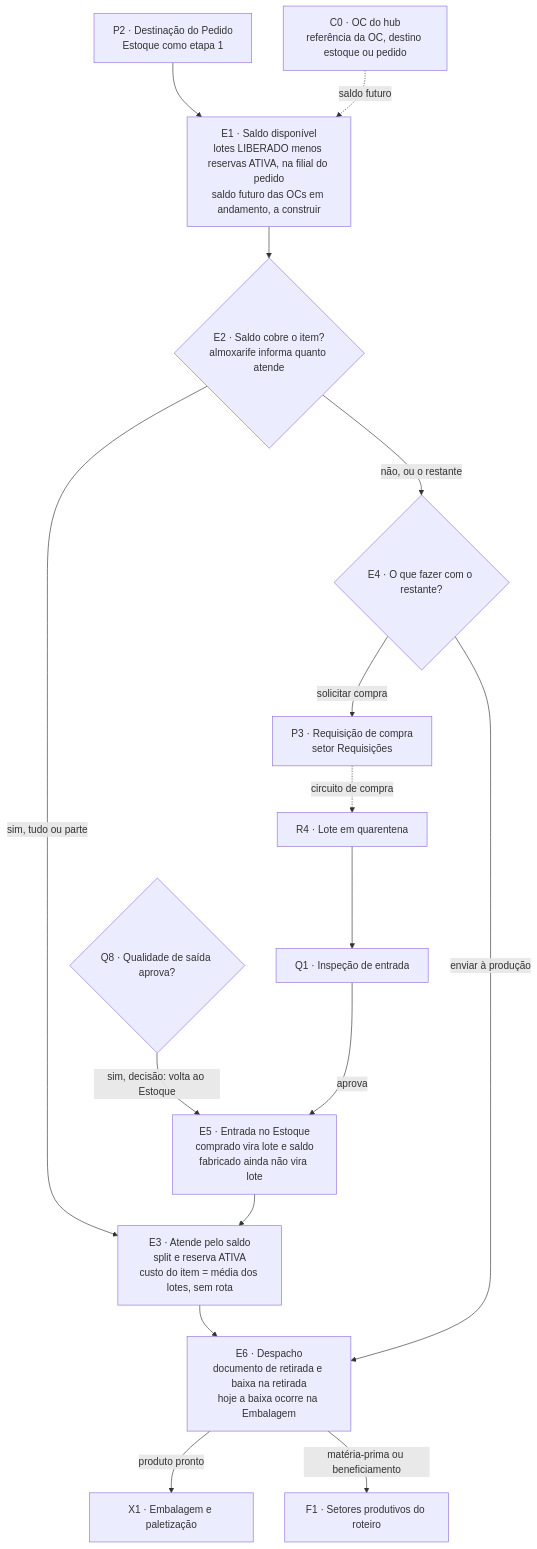
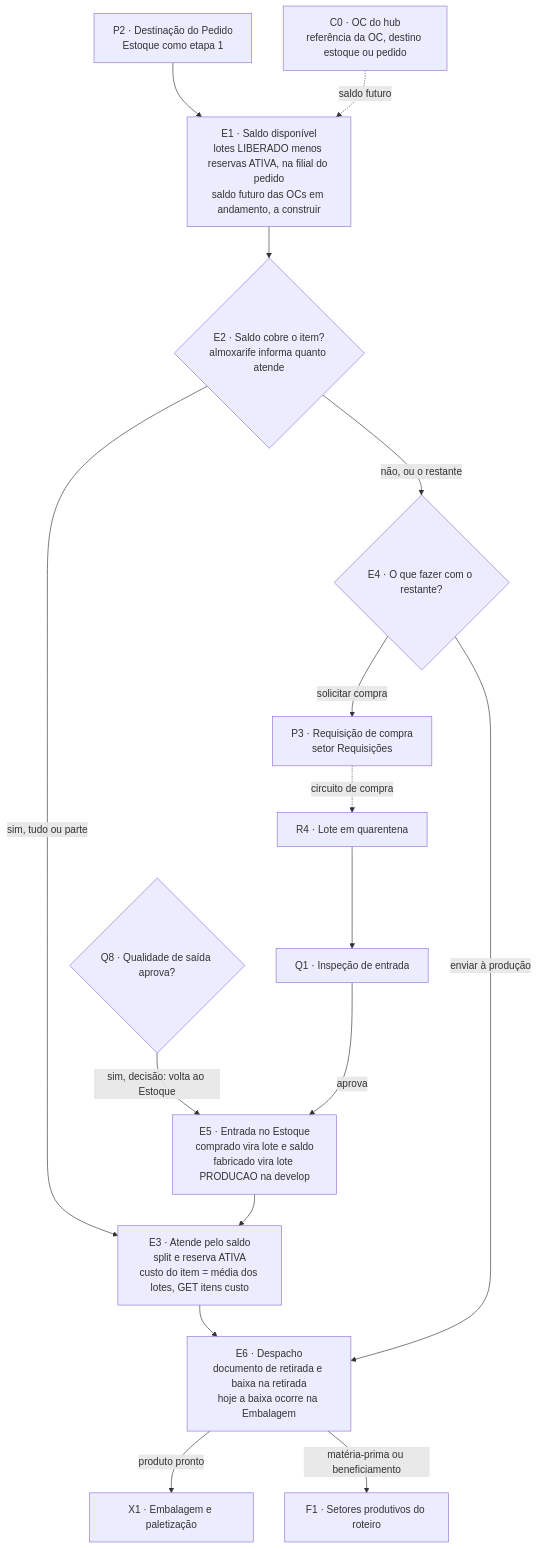
Before and after one commit to Acosvital/vault-avhub-mer: the diagram in 02-Fluxo-de-Atividades/03-Estoque-Atendimento-e-Despacho.md, drawn with Mermaid. The commit also changed other lines of this file and 125 other files, not shown here.

````diff
--- a/02-Fluxo-de-Atividades/03-Estoque-Atendimento-e-Despacho.md
+++ b/02-Fluxo-de-Atividades/03-Estoque-Atendimento-e-Despacho.md
@@ -252,18 +257,18 @@
 ```mermaid
 flowchart TD
     P2["P2 · Destinação do Pedido<br/>Estoque como etapa 1"] --> E1["E1 · Saldo disponível<br/>lotes LIBERADO menos reservas ATIVA, na filial do pedido<br/>saldo futuro das OCs em andamento, a construir"]
     C0["C0 · OC do hub<br/>referência da OC, destino estoque ou pedido"] -.->|"saldo futuro"| E1
     E1 --> E2{"E2 · Saldo cobre o item?<br/>almoxarife informa quanto atende"}
-    E2 -->|"sim, tudo ou parte"| E3["E3 · Atende pelo saldo<br/>split e reserva ATIVA<br/>custo do item = média dos lotes, sem rota"]
+    E2 -->|"sim, tudo ou parte"| E3["E3 · Atende pelo saldo<br/>split e reserva ATIVA<br/>custo do item = média dos lotes, GET itens custo"]
     E2 -->|"não, ou o restante"| E4{"E4 · O que fazer com o restante?"}
     E4 -->|"solicitar compra"| P3["P3 · Requisição de compra<br/>setor Requisições"]
     E4 -->|"enviar à produção"| E6
     P3 -.->|"circuito de compra"| R4["R4 · Lote em quarentena"]
     R4 --> Q1["Q1 · Inspeção de entrada"]
-    Q1 -->|"aprova"| E5["E5 · Entrada no Estoque<br/>comprado vira lote e saldo<br/>fabricado ainda não vira lote"]
+    Q1 -->|"aprova"| E5["E5 · Entrada no Estoque<br/>comprado vira lote e saldo<br/>fabricado vira lote PRODUCAO na develop"]
     Q8{"Q8 · Qualidade de saída aprova?"} -->|"sim, decisão: volta ao Estoque"| E5
     E5 --> E3
     E3 --> E6["E6 · Despacho<br/>documento de retirada e baixa na retirada<br/>hoje a baixa ocorre na Embalagem"]
     E6 -->|"produto pronto"| X1["X1 · Embalagem e paletização"]
     E6 -->|"matéria-prima ou beneficiamento"| F1["F1 · Setores produtivos do roteiro"]
 ```
````
